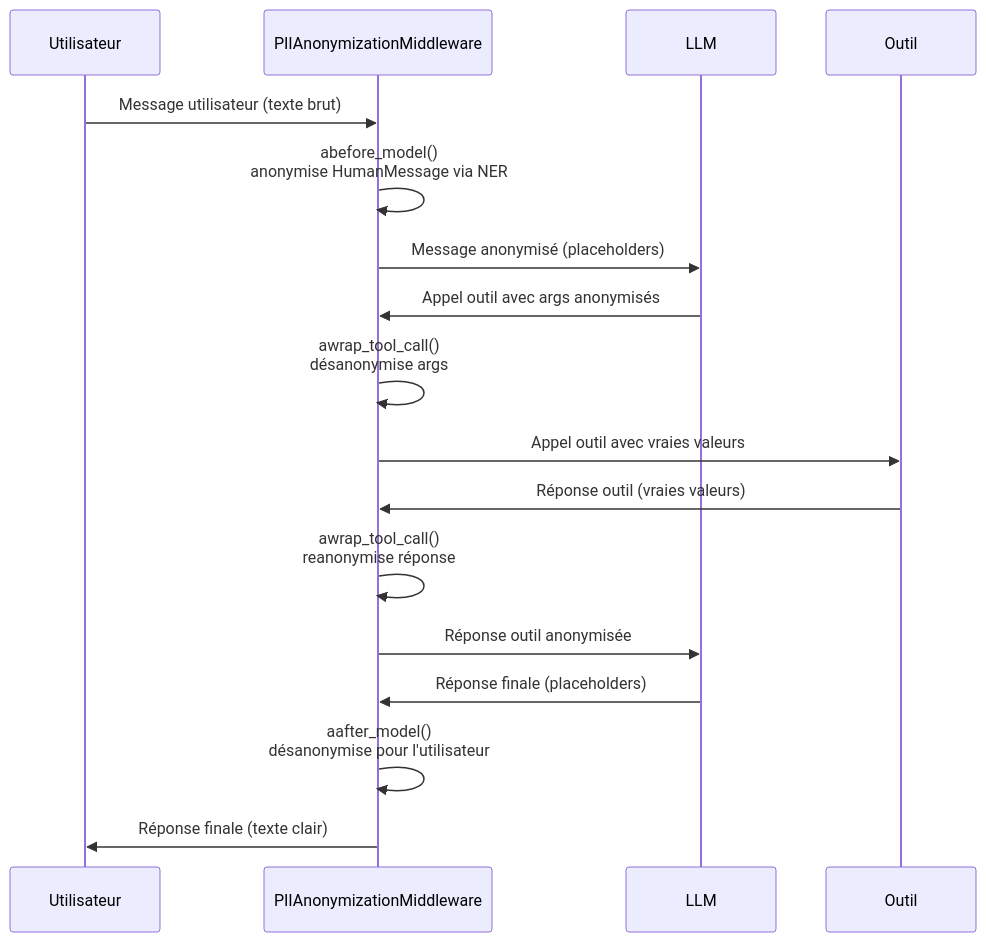
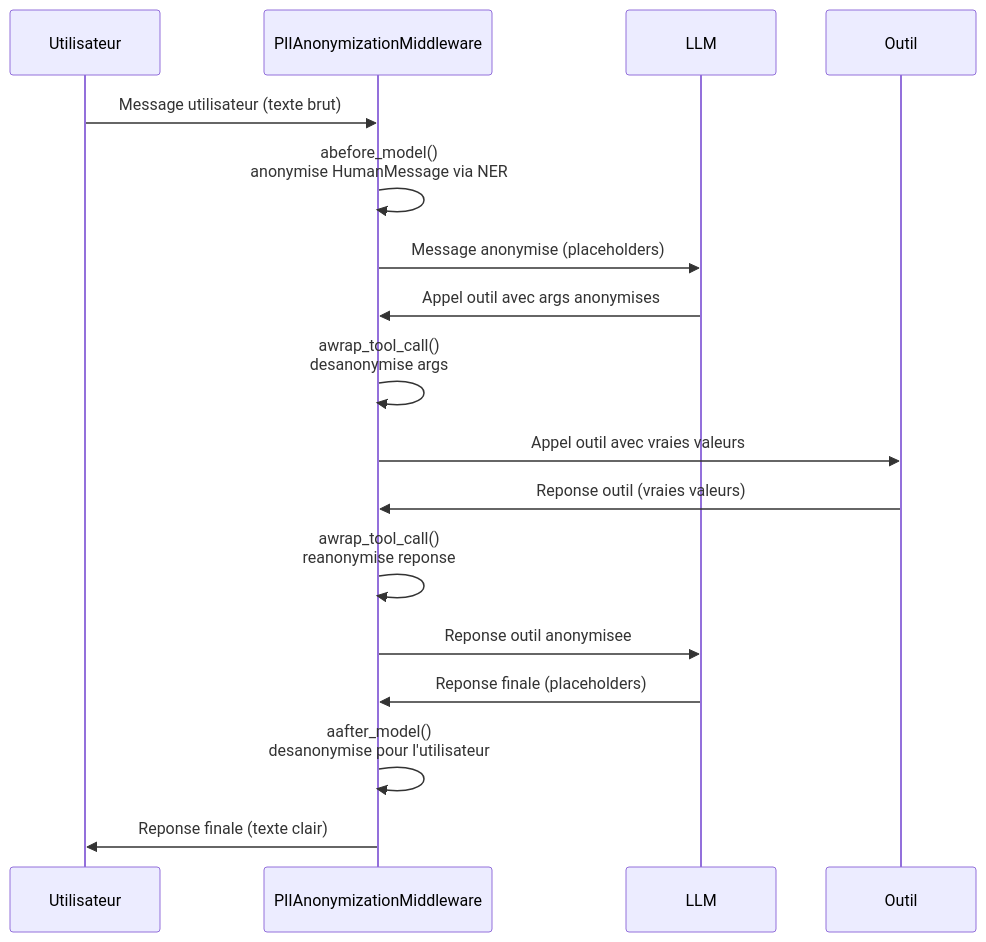
Before and after one commit to Athroniaeth/piighost: the diagram in docs/fr/reference/middleware.md, drawn with Mermaid. The commit also changed other lines of this file and 32 other files, not shown here.

Commit message:
docs: rewrite all documentation for new architecture

````diff
--- a/docs/fr/reference/middleware.md
+++ b/docs/fr/reference/middleware.md
@@ -116,20 +71,20 @@
 ```mermaid
 sequenceDiagram
     participant U as Utilisateur
     participant M as PIIAnonymizationMiddleware
     participant L as LLM
     participant T as Outil
 
     U->>M: Message utilisateur (texte brut)
     M->>M: abefore_model()<br/>anonymise HumanMessage via NER
-    M->>L: Message anonymisé (placeholders)
-    L->>M: Appel outil avec args anonymisés
-    M->>M: awrap_tool_call()<br/>désanonymise args
+    M->>L: Message anonymise (placeholders)
+    L->>M: Appel outil avec args anonymises
+    M->>M: awrap_tool_call()<br/>desanonymise args
     M->>T: Appel outil avec vraies valeurs
-    T->>M: Réponse outil (vraies valeurs)
-    M->>M: awrap_tool_call()<br/>reanonymise réponse
-    M->>L: Réponse outil anonymisée
-    L->>M: Réponse finale (placeholders)
-    M->>M: aafter_model()<br/>désanonymise pour l'utilisateur
-    M->>U: Réponse finale (texte clair)
+    T->>M: Reponse outil (vraies valeurs)
+    M->>M: awrap_tool_call()<br/>reanonymise reponse
+    M->>L: Reponse outil anonymisee
+    L->>M: Reponse finale (placeholders)
+    M->>M: aafter_model()<br/>desanonymise pour l'utilisateur
+    M->>U: Reponse finale (texte clair)
 ```
````
